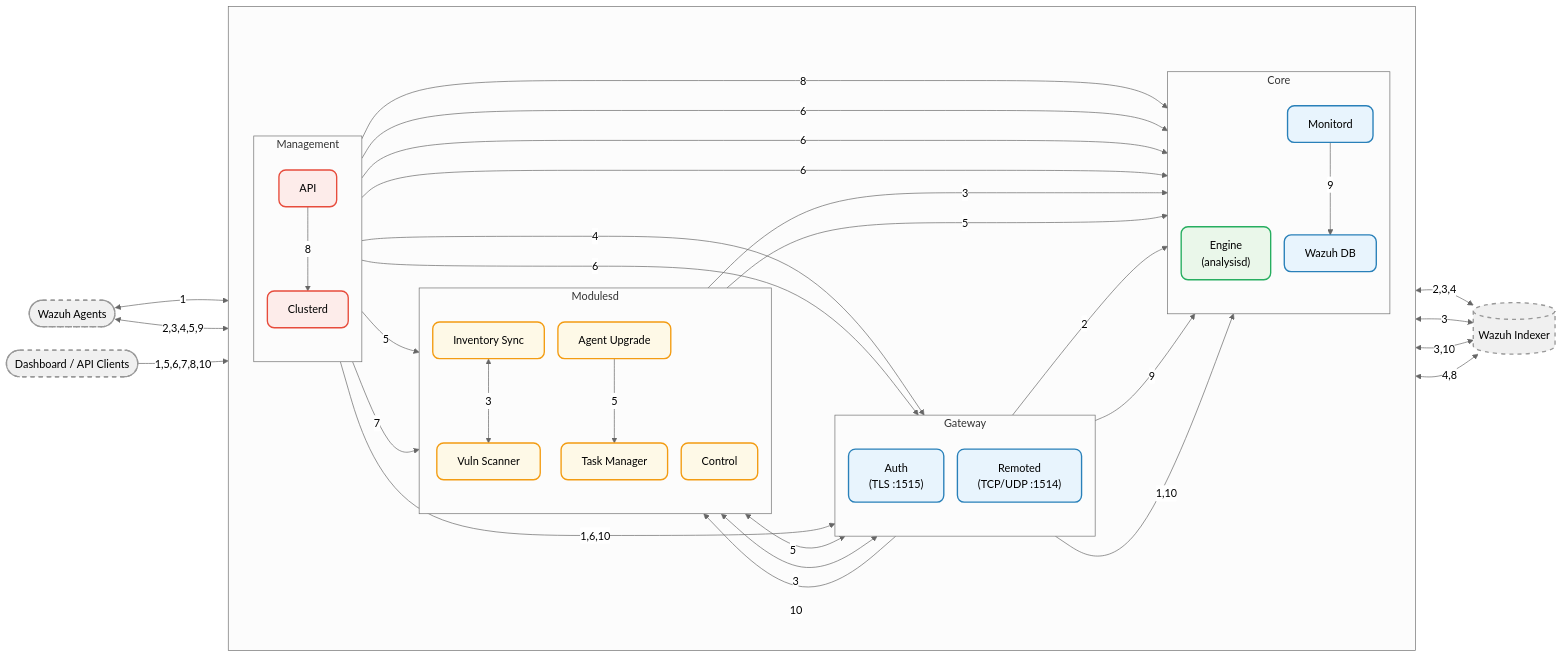
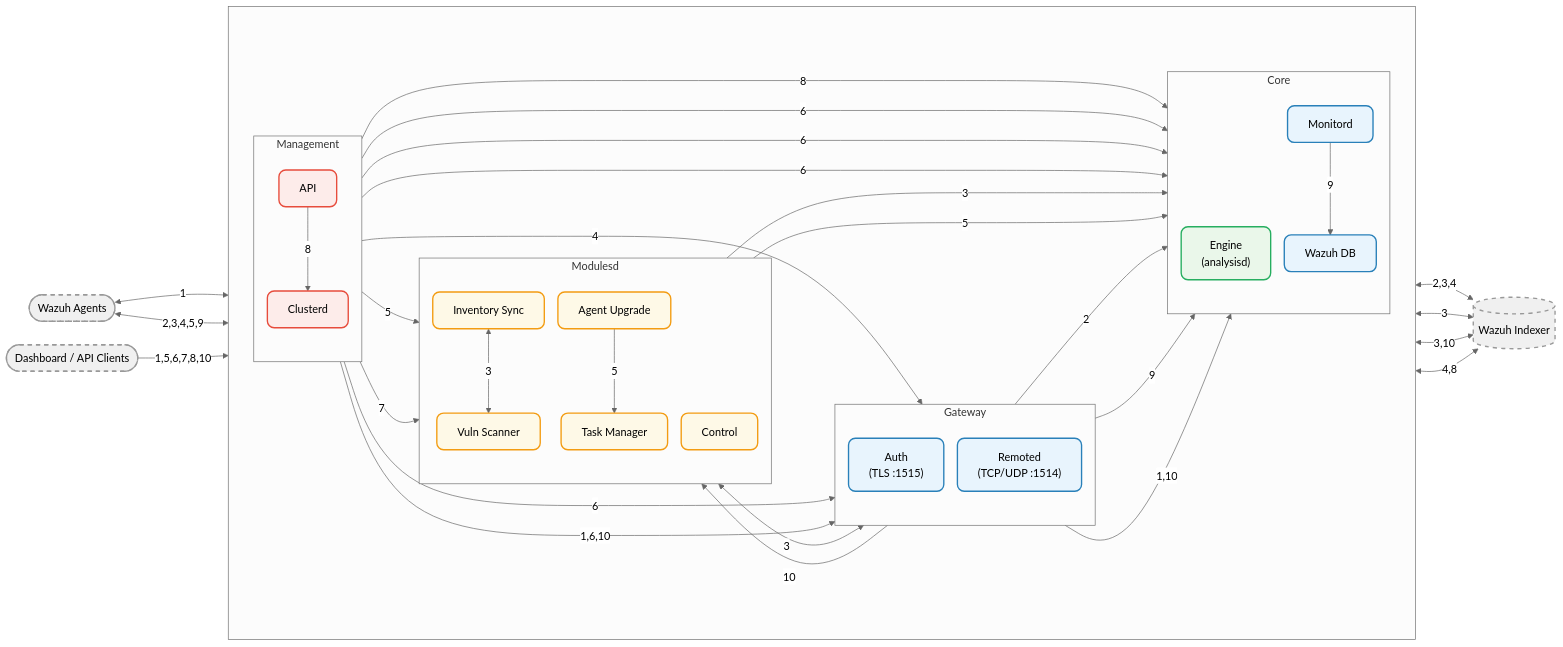
The diagram in docs/ref/architecture.md (wazuh/wazuh), drawn with Mermaid (neutral theme) before and after one commit. The commit also changed other lines of this file and 7 other files, not shown here.

```diff
--- a/docs/ref/architecture.md
+++ b/docs/ref/architecture.md
@@ -78,7 +78,6 @@
 au -->|5| tm
 
 %% Modulesd ↔ Gateway (via Router)
-au <-->|5| remoted
 is <-->|3| remoted
 authd -->|10| is
 
```
